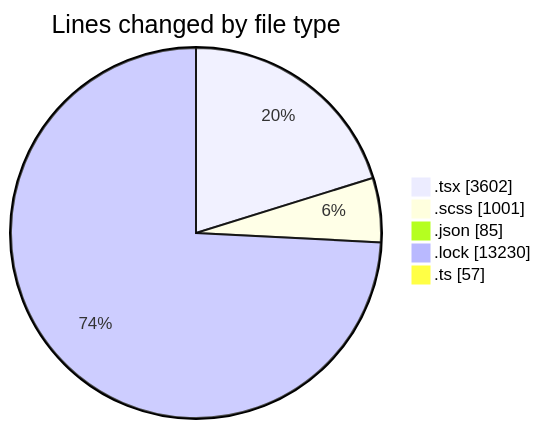
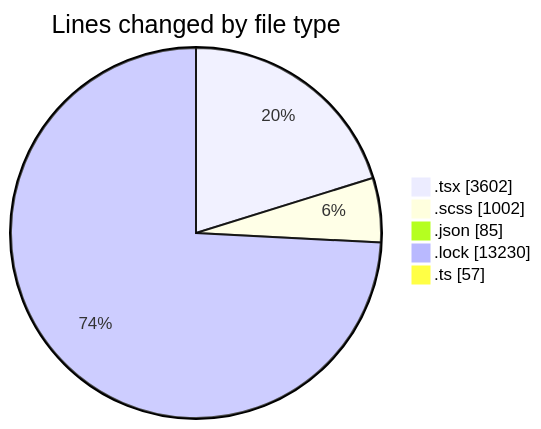
Before and after one commit to momahboobian/code-tracking: the first of 2 diagrams in 2025-10-03/cda/README.md, drawn with Mermaid. The commit also changed other lines of this file and 1 other file, not shown here.

````diff
--- a/2025-10-03/cda/README.md
+++ b/2025-10-03/cda/README.md
@@ -30,9 +30,9 @@
 ```mermaid
 pie showData
 title Lines changed by file type
 ".tsx" : 3602
-".scss" : 1001
+".scss" : 1002
 ".json" : 85
 ".lock" : 13230
 ".ts" : 57
 ```
````
